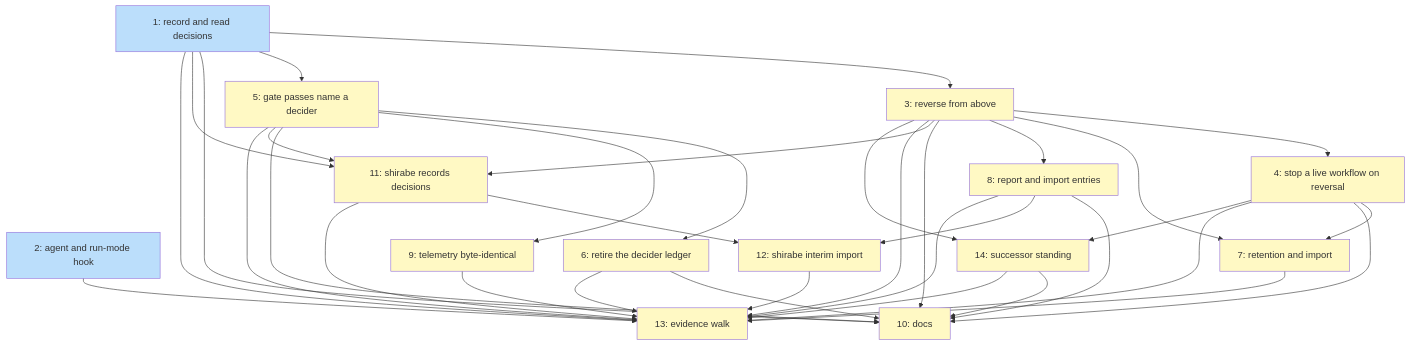
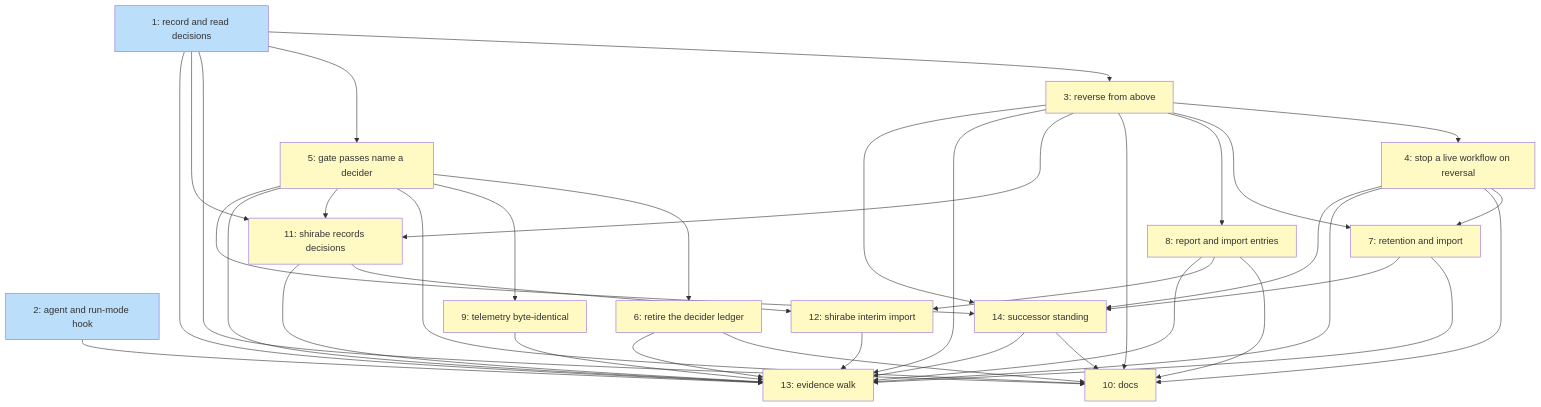
Before and after one commit to tsukumogami/koto: the diagram in docs/plans/PLAN-decision-record.md, drawn with Mermaid. The commit also changed other lines of this file, not shown here.

````diff
--- a/docs/plans/PLAN-decision-record.md
+++ b/docs/plans/PLAN-decision-record.md
@@ -335,59 +336,61 @@
 ```mermaid
 graph TD
     I1["1: record and read decisions"]
     I2["2: agent and run-mode hook"]
     I3["3: reverse from above"]
     I4["4: stop a live workflow on reversal"]
     I5["5: gate passes name a decider"]
     I6["6: retire the decider ledger"]
     I7["7: retention and import"]
     I8["8: report and import entries"]
     I9["9: telemetry byte-identical"]
     I10["10: docs"]
     I11["11: shirabe records decisions"]
     I12["12: shirabe interim import"]
     I13["13: evidence walk"]
     I14["14: successor standing"]
 
     I1 --> I3
     I1 --> I5
     I3 --> I4
     I3 --> I7
     I4 --> I7
     I3 --> I8
     I5 --> I6
     I5 --> I9
     I1 --> I10
     I3 --> I10
     I4 --> I10
     I5 --> I10
     I6 --> I10
     I8 --> I10
     I1 --> I11
     I3 --> I11
     I5 --> I11
     I8 --> I12
     I11 --> I12
     I1 --> I13
     I2 --> I13
     I3 --> I13
     I4 --> I13
     I5 --> I13
     I6 --> I13
     I7 --> I13
     I8 --> I13
     I9 --> I13
     I11 --> I13
     I12 --> I13
     I3 --> I14
     I4 --> I14
+    I5 --> I14
+    I7 --> I14
     I14 --> I10
     I14 --> I13
 
     classDef done fill:#c8e6c9
     classDef ready fill:#bbdefb
     classDef blocked fill:#fff9c4
 
     class I1,I2 ready
     class I3,I4,I5,I6,I7,I8,I9,I10,I11,I12,I13,I14 blocked
 ```
````
